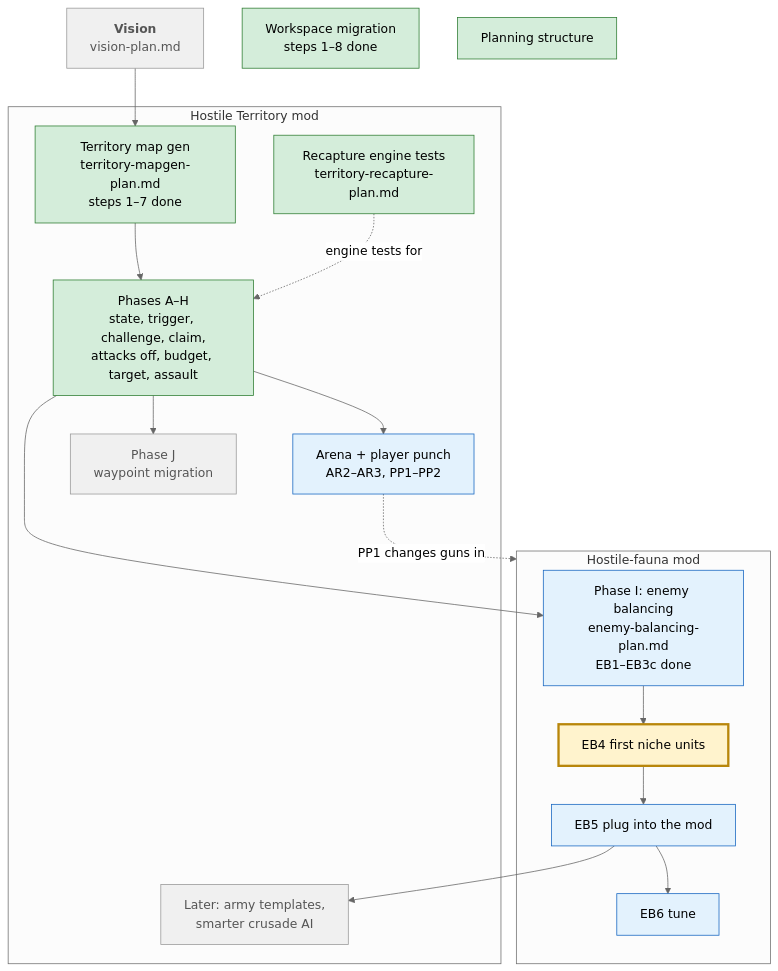
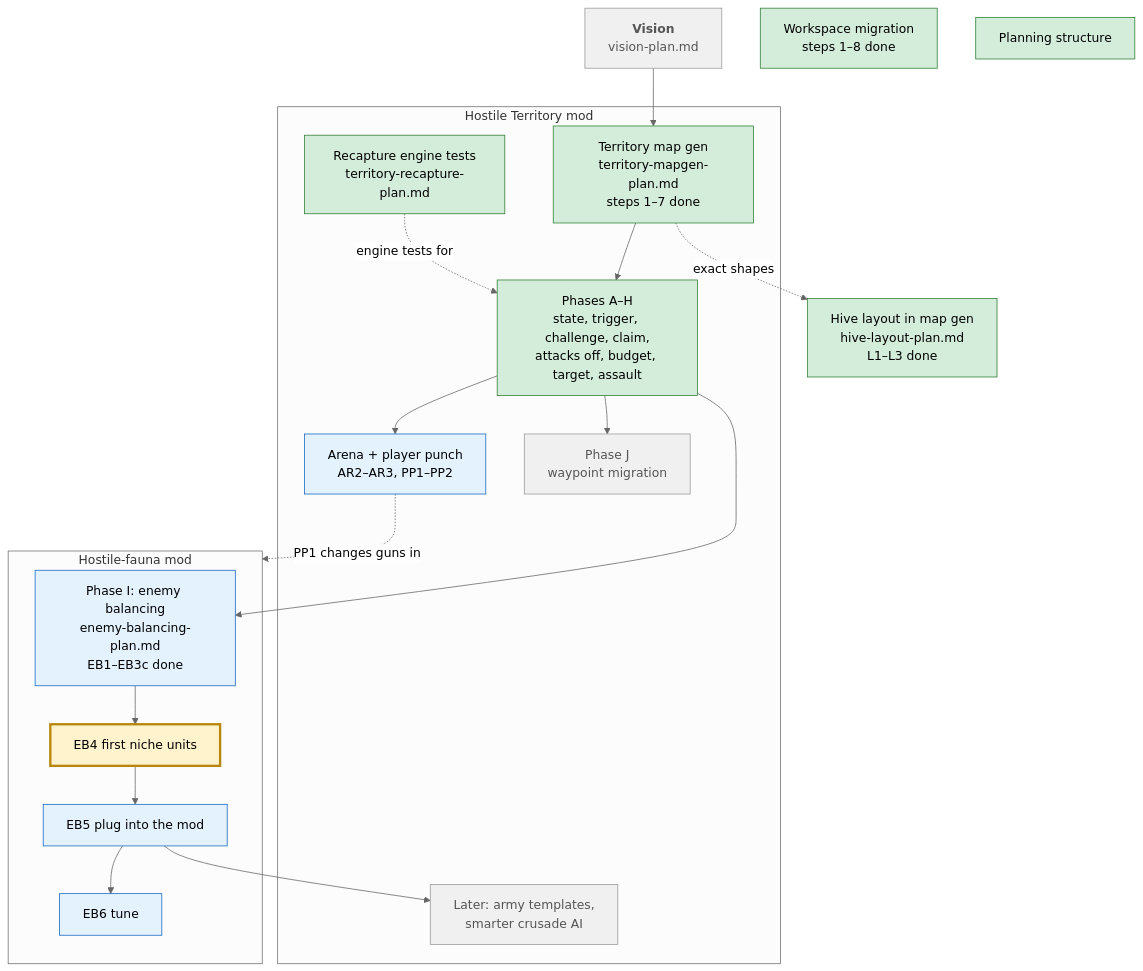
One commit to Help-Op/factorio-mods changed the diagram in plans/roadmap.md. Above: the diagram before and after it, drawn with Mermaid (neutral theme). The commit also changed other lines of this file and 19 other files, not shown here.

````diff
--- a/plans/roadmap.md
+++ b/plans/roadmap.md
@@ -12,41 +12,43 @@
 ```mermaid
 flowchart TD
     V["<b>Vision</b><br/>vision-plan.md"]
 
     subgraph HT["Hostile Territory mod"]
         MG["Territory map gen<br/>territory-mapgen-plan.md<br/>steps 1–7 done"]
         AH["Phases A–H<br/>state, trigger, challenge, claim,<br/>attacks off, budget, target, assault"]
         REC["Recapture engine tests<br/>territory-recapture-plan.md"]
         AR["Arena + player punch<br/>AR2–AR3, PP1–PP2"]
         J["Phase J<br/>waypoint migration"]
         TPL["Later: army templates,<br/>smarter crusade AI"]
     end
 
     subgraph HF["Hostile-fauna mod"]
         EB["Phase I: enemy balancing<br/>enemy-balancing-plan.md<br/>EB1–EB3c done"]
         EB4["EB4 first niche units"]
         EB5["EB5 plug into the mod"]
         EB6["EB6 tune"]
     end
 
+    HL["Hive layout in map gen<br/>hive-layout-plan.md<br/>L1–L3 done"]
     WS["Workspace migration<br/>steps 1–8 done"]
     PS["Planning structure"]
 
     V --> MG --> AH
     REC -. engine tests for .-> AH
     AH --> EB
     EB --> EB4 --> EB5 --> EB6
     EB5 --> TPL
     AH --> AR
     AR -. PP1 changes guns in .-> HF
     AH --> J
+    MG -. exact shapes .-> HL
 
     classDef done fill:#d4edda,stroke:#2e7d32,color:#000
     classDef now fill:#fff3cd,stroke:#b8860b,stroke-width:3px,color:#000
     classDef next fill:#e3f2fd,stroke:#1565c0,color:#000
     classDef later fill:#f0f0f0,stroke:#999,color:#555
-    class MG,AH,REC,WS,PS done
+    class MG,AH,REC,WS,PS,HL done
     class EB4 now
     class EB,AR,EB5,EB6 next
     class J,TPL,V later
 ```
````
